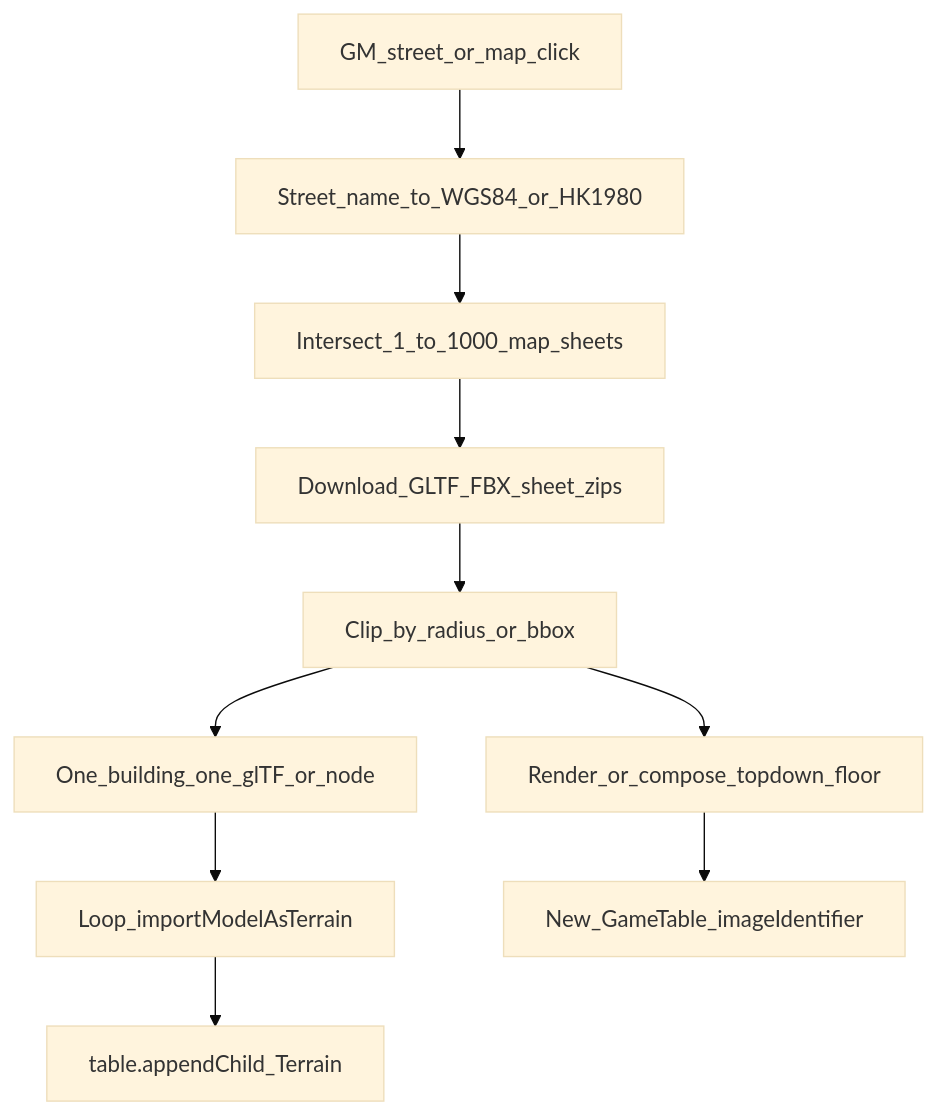
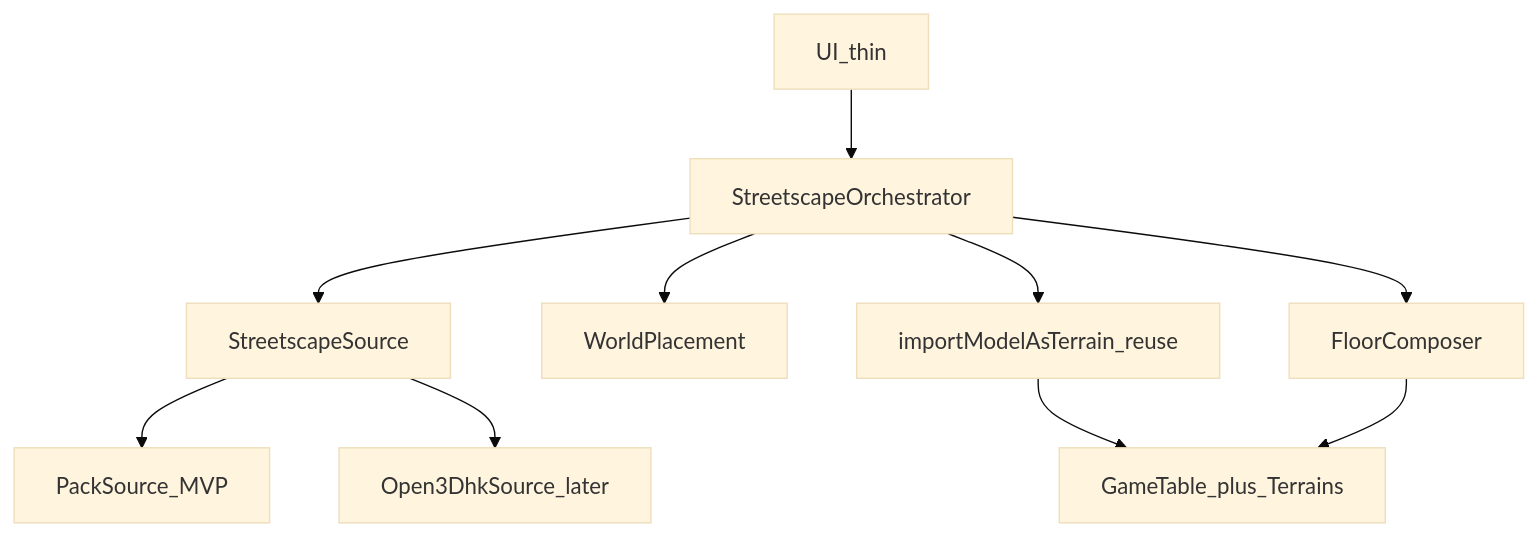
One commit to hktrpg/UdonariumWithFly changed the second of 3 diagrams in docs/research/open3dhk-streetscape-2_5d.md. Above: the diagram before and after it, drawn with Mermaid (base theme). The commit also changed other lines of this file, not shown here.

First line of the commit message:
docs: tighten Open3Dhk streetscape plan to minimal extensible arch

````diff
--- a/docs/research/open3dhk-streetscape-2_5d.md
+++ b/docs/research/open3dhk-streetscape-2_5d.md
@@ -134,12 +97,12 @@
 ```mermaid
-flowchart TD
-  ui[GM_street_or_map_click] --> geocode[Street_name_to_WGS84_or_HK1980]
-  geocode --> sheets[Intersect_1_to_1000_map_sheets]
-  sheets --> dl[Download_GLTF_FBX_sheet_zips]
-  dl --> clip[Clip_by_radius_or_bbox]
-  clip --> buildings[One_building_one_glTF_or_node]
-  buildings --> bake[Loop_importModelAsTerrain]
-  clip --> orthoImg[Render_or_compose_topdown_floor]
-  orthoImg --> table[New_GameTable_imageIdentifier]
-  bake --> kids[table.appendChild_Terrain]
+flowchart TB
+  ui[UI_thin] --> orch[StreetscapeOrchestrator]
+  orch --> src[StreetscapeSource]
+  src --> packA[PackSource_MVP]
+  src --> packB[Open3DhkSource_later]
+  orch --> place[WorldPlacement]
+  orch --> bake[importModelAsTerrain_reuse]
+  orch --> floor[FloorComposer]
+  bake --> table[GameTable_plus_Terrains]
+  floor --> table
 ```
````
